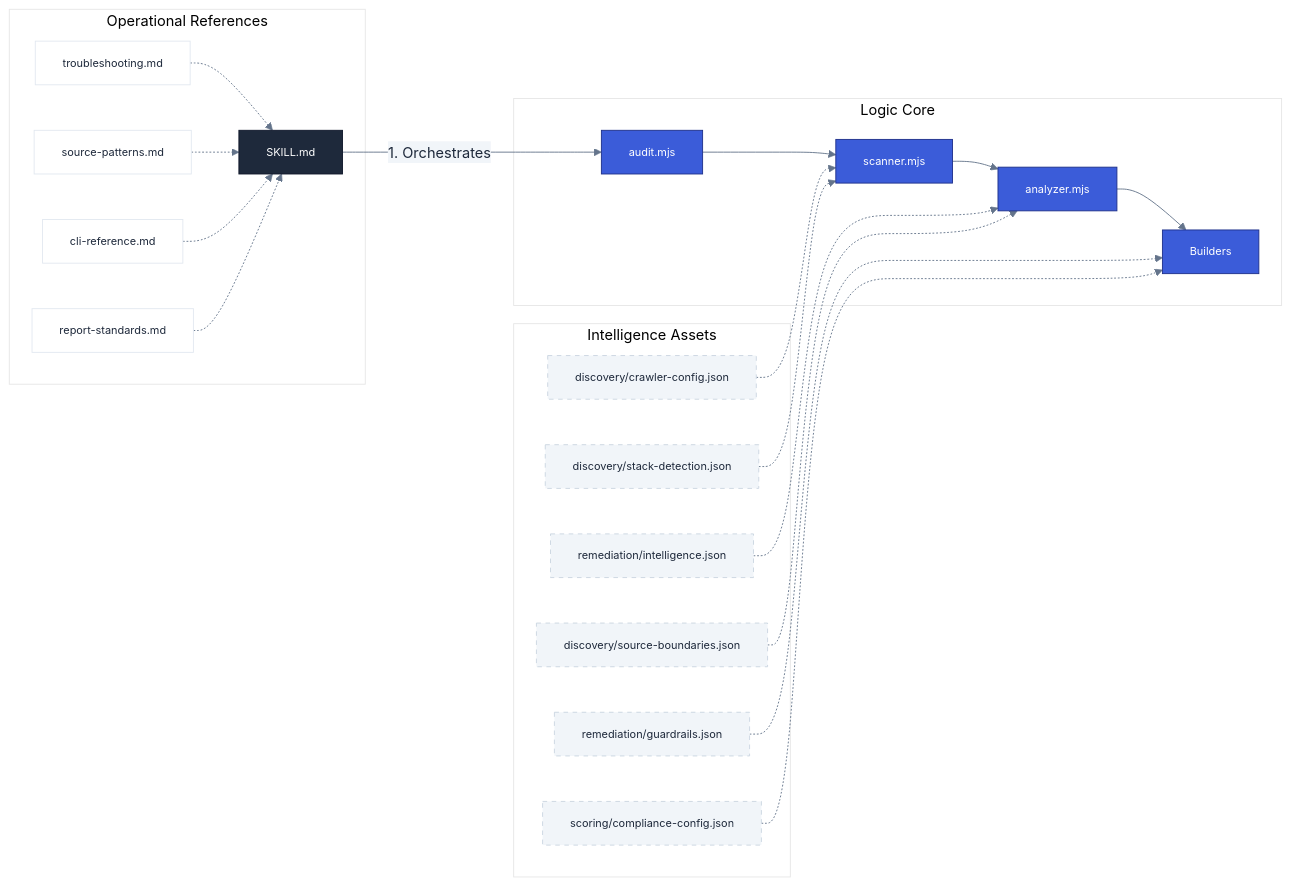
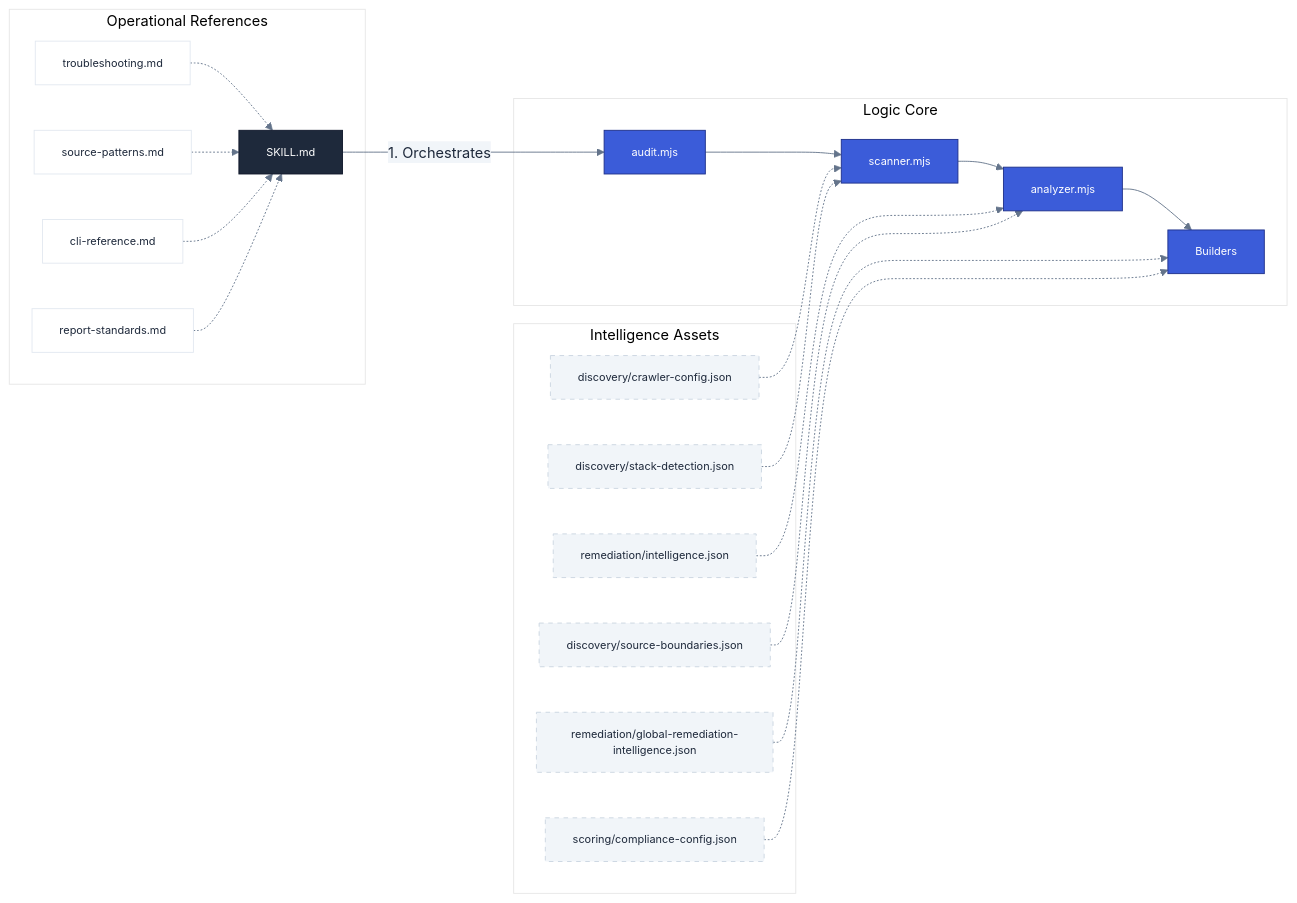
The second of 2 diagrams in docs/engine-manifest.md (diegovelasquezweb/a11y-skill), drawn with Mermaid before and after one commit. The commit also changed other lines of this file and 5 other files, not shown here.

Commit message:
refactor: Rename remediation guardrails asset to global intelligence and update its processing to generate numbered instructions.

````diff
--- a/docs/engine-manifest.md
+++ b/docs/engine-manifest.md
@@ -115,36 +115,36 @@
 ```mermaid
 %%{init: { 'theme': 'base', 'themeVariables': { 'primaryColor': '#3b5cd9', 'primaryTextColor': '#1e293b', 'primaryBorderColor': '#1e308a', 'lineColor': '#64748b', 'secondaryColor': '#f1f5f9', 'tertiaryColor': '#fff', 'mainBkg': '#fff', 'nodeBorder': '#e2e8f0' } } }%%
 flowchart LR
     A[SKILL.md] -- "1. Orchestrates" --> B[audit.mjs]
 
     subgraph Engine ["Logic Core"]
         B --> C[scanner.mjs]
         C --> D[analyzer.mjs]
         D --> E[Builders]
     end
 
     subgraph Data ["Intelligence Assets"]
         AS1[discovery/crawler-config.json] -.-> C
         AS2[discovery/stack-detection.json] -.-> C
         AS3[remediation/intelligence.json] -.-> D
         AS4[discovery/source-boundaries.json] -.-> D
-        AS5[remediation/guardrails.json] -.-> E
+        AS5[remediation/global-remediation-intelligence.json] -.-> E
         AS6[scoring/compliance-config.json] -.-> E
     end
 
     subgraph Knowledge ["Operational References"]
         R1[troubleshooting.md] -.-> A
         R2[source-patterns.md] -.-> A
         R3[cli-reference.md] -.-> A
         R4[report-standards.md] -.-> A
     end
 
     classDef default font-family:Inter,sans-serif,font-size:12px;
     classDef playbook fill:#1e293b,color:#fff,stroke:#0f172a;
     classDef core fill:#3b5cd9,color:#fff,stroke:#1e308a;
     classDef storage fill:#f1f5f9,stroke:#cbd5e1,stroke-dasharray: 5 5;
 
     class A playbook;
     class B,C,D,E core;
     class AS1,AS2,AS3,AS4,AS5,AS6,AS7 storage;
 ```
````
